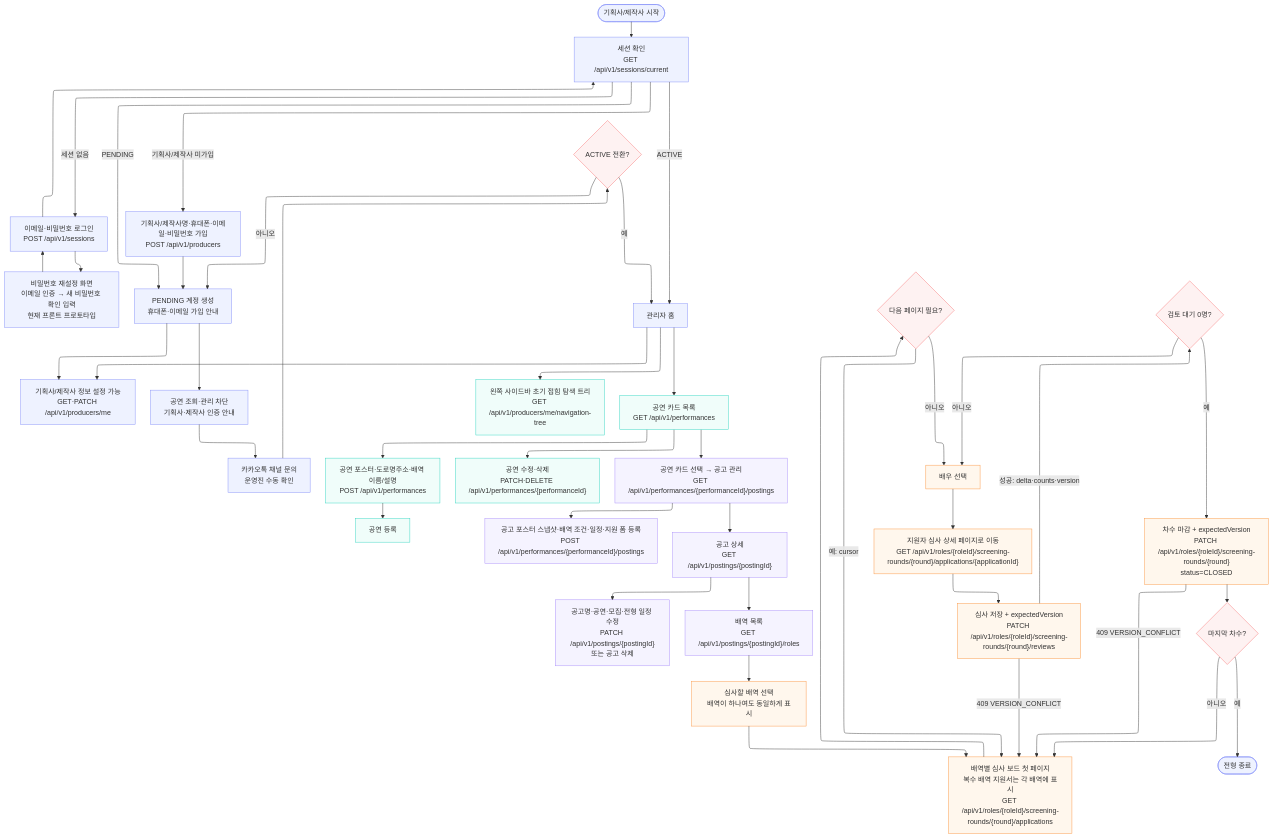
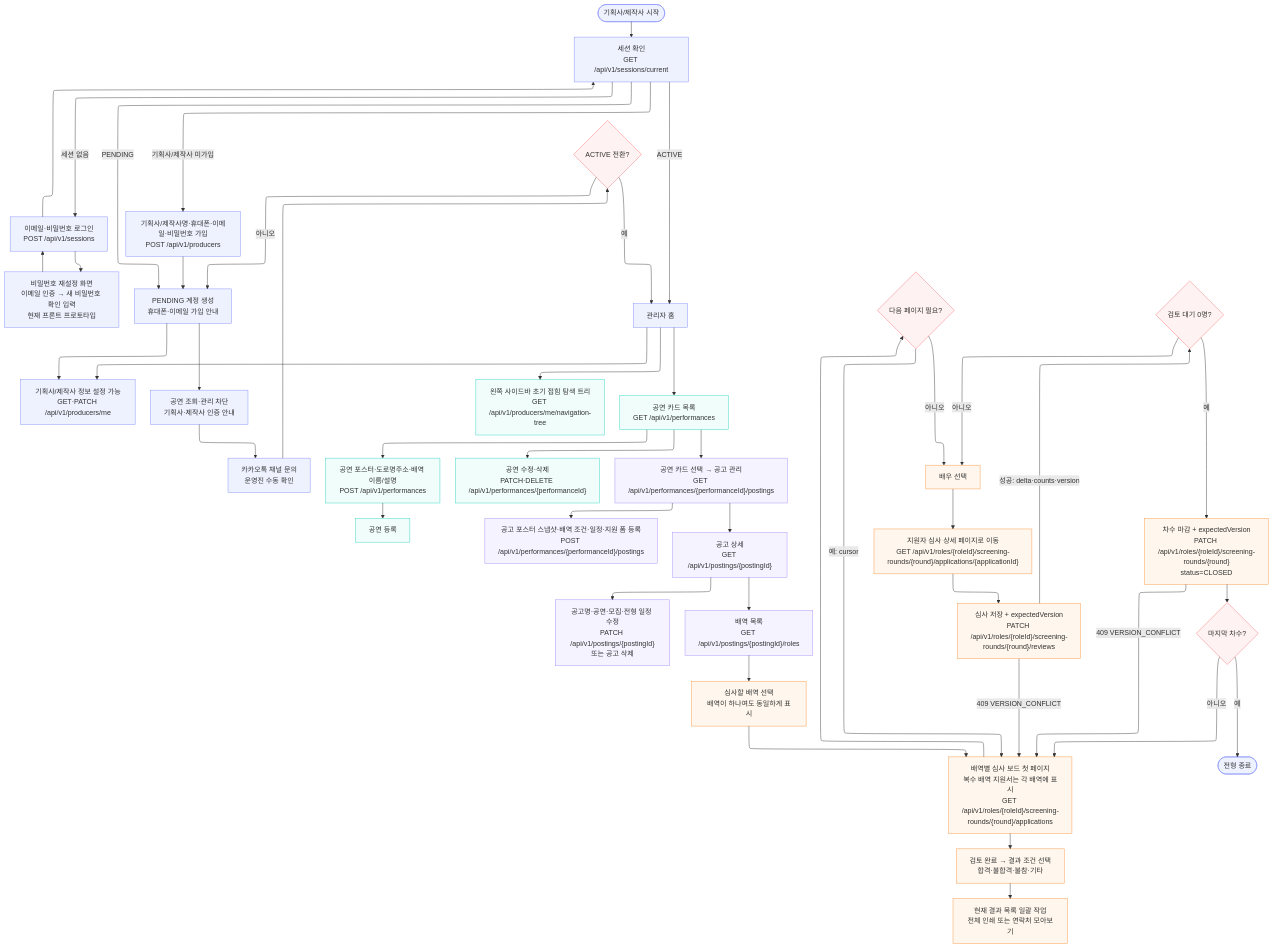
The diagram in docs/flowchart/producer.mmd (woowacourse-teams/2026-yesulin), drawn with Mermaid before and after one commit. The commit also changed 10 other files, not shown here.

```diff
--- a/docs/flowchart/producer.mmd
+++ b/docs/flowchart/producer.mmd
@@ -1,51 +1,53 @@
 ---
 config:
   layout: elk
 ---
 flowchart TB
     START(["기획사/제작사 시작"]) --> SESSION["세션 확인<br>GET /api/v1/sessions/current"]
     SESSION -- 세션 없음 --> LOGIN["이메일·비밀번호 로그인<br>POST /api/v1/sessions"]
     LOGIN --> PASSWORD_RESET["비밀번호 재설정 화면<br>이메일 인증 → 새 비밀번호 확인 입력<br>현재 프론트 프로토타입"]
     PASSWORD_RESET --> LOGIN
     LOGIN --> SESSION
     SESSION -- 기획사/제작사 미가입 --> SIGNUP["기획사/제작사명·휴대폰·이메일·비밀번호 가입<br>POST /api/v1/producers"]
     SIGNUP --> PENDING["PENDING 계정 생성<br>휴대폰·이메일 가입 안내"]
     SESSION -- PENDING --> PENDING
     PENDING --> PROFILE["기획사/제작사 정보 설정 가능<br>GET·PATCH /api/v1/producers/me"]
     PENDING --> BLOCKED["공연 조회·관리 차단<br>기획사·제작사 인증 안내"]
     BLOCKED --> CONTACT["카카오톡 채널 문의<br>운영진 수동 확인"]
     CONTACT --> ACTIVE{"ACTIVE 전환?"}
     ACTIVE -- 아니오 --> PENDING
     ACTIVE -- 예 --> HOME["관리자 홈"]
     SESSION -- ACTIVE --> HOME
     HOME --> NAV["왼쪽 사이드바 초기 접힘 탐색 트리<br>GET /api/v1/producers/me/navigation-tree"] & PROFILE & PERF["공연 카드 목록<br>GET /api/v1/performances"]
     PERF --> NEW_PERF["공연 포스터·도로명주소·배역 이름/설명<br>POST /api/v1/performances"] & EDIT_PERF["공연 수정·삭제<br>PATCH·DELETE /api/v1/performances/{performanceId}"] & POSTINGS["공연 카드 선택 → 공고 관리<br>GET /api/v1/performances/{performanceId}/postings"]
     NEW_PERF --> CREATE_PERF["공연 등록"]
     POSTINGS --> CREATE_POSTING["공고 포스터 스냅샷·배역 조건·일정·지원 폼 등록<br>POST /api/v1/performances/{performanceId}/postings"] & POSTING_DETAIL["공고 상세<br>GET /api/v1/postings/{postingId}"]
     POSTING_DETAIL --> EDIT_POSTING["공고명·공연·모집·전형 일정 수정<br>PATCH /api/v1/postings/{postingId}<br>또는 공고 삭제"] & ROLES["배역 목록<br>GET /api/v1/postings/{postingId}/roles"]
     ROLES --> CHOOSE_ROLE["심사할 배역 선택<br>배역이 하나여도 동일하게 표시"]
     CHOOSE_ROLE --> BOARD["배역별 심사 보드 첫 페이지<br>복수 배역 지원서는 각 배역에 표시<br>GET /api/v1/roles/{roleId}/screening-rounds/{round}/applications"]
+    BOARD --> RESULT_FILTER["검토 완료 → 결과 조건 선택<br>합격·불합격·불참·기타"]
+    RESULT_FILTER --> GROUP_ACTION["현재 결과 목록 일괄 작업<br>전체 인쇄 또는 연락처 모아보기"]
     BOARD --> MORE{"다음 페이지 필요?"}
     MORE -- 예: cursor --> BOARD
     MORE -- 아니오 --> SELECT["배우 선택"]
     SELECT --> APP_DETAIL["지원자 심사 상세 페이지로 이동<br>GET /api/v1/roles/{roleId}/screening-rounds/{round}/applications/{applicationId}"]
     APP_DETAIL --> REVIEW["심사 저장 + expectedVersion<br>PATCH /api/v1/roles/{roleId}/screening-rounds/{round}/reviews"]
     REVIEW -- 409 VERSION_CONFLICT --> BOARD
     REVIEW -- 성공: delta·counts·version --> DONE{"검토 대기 0명?"}
     DONE -- 아니오 --> SELECT
     DONE -- 예 --> CLOSE["차수 마감 + expectedVersion<br>PATCH /api/v1/roles/{roleId}/screening-rounds/{round}<br>status=CLOSED"]
     CLOSE -- 409 VERSION_CONFLICT --> BOARD
     CLOSE --> LAST{"마지막 차수?"}
     LAST -- 아니오 --> BOARD
     LAST -- 예 --> FINISH(["전형 종료"])
 
     classDef authNode stroke:#818cf8,fill:#eef2ff
     classDef perfNode stroke:#2dd4bf,fill:#f0fdfa
     classDef postingNode stroke:#a78bfa,fill:#f5f3ff
     classDef screeningNode stroke:#fb923c,fill:#fff7ed
     classDef decisionNode stroke:#f87171,fill:#fef2f2
     class START,SESSION,LOGIN,PASSWORD_RESET,SIGNUP,PENDING,PROFILE,BLOCKED,CONTACT,HOME,FINISH authNode
     class ACTIVE,MORE,DONE,LAST decisionNode
     class NAV,PERF,NEW_PERF,EDIT_PERF,CREATE_PERF perfNode
     class POSTINGS,CREATE_POSTING,POSTING_DETAIL,EDIT_POSTING,ROLES postingNode
-    class BOARD,CHOOSE_ROLE,SELECT,APP_DETAIL,REVIEW,CLOSE screeningNode
+    class BOARD,CHOOSE_ROLE,RESULT_FILTER,GROUP_ACTION,SELECT,APP_DETAIL,REVIEW,CLOSE screeningNode
```
